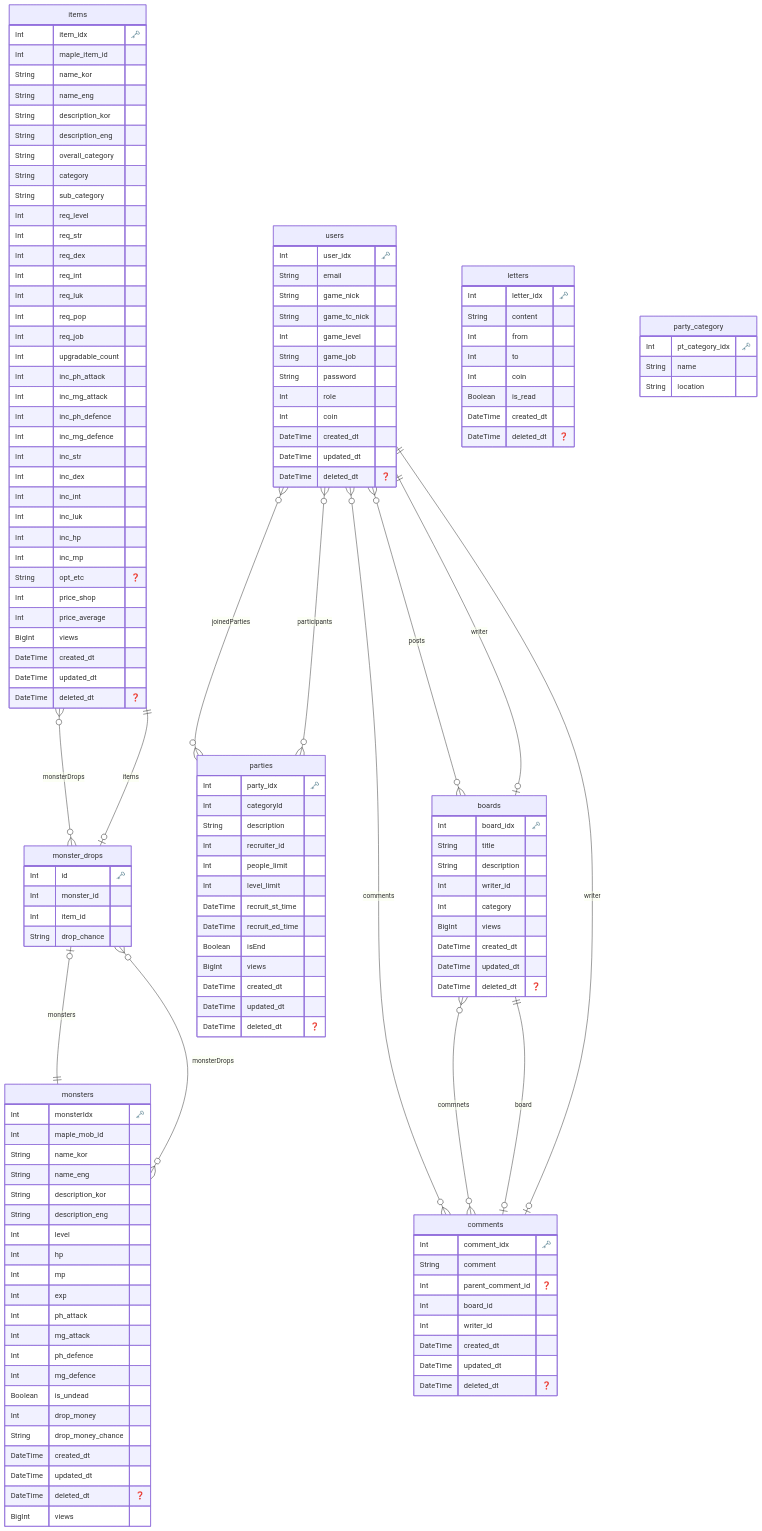
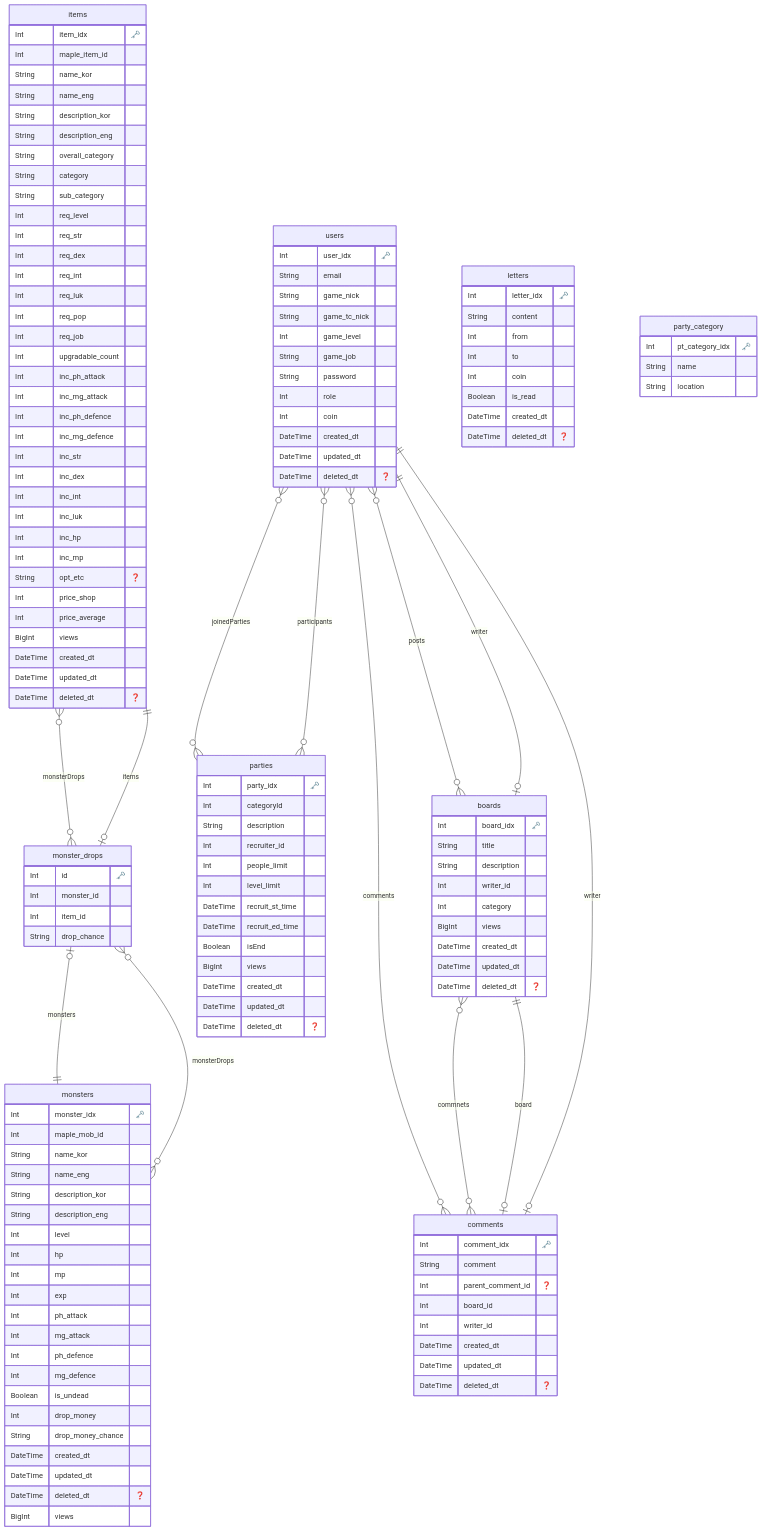
Before and after one commit to nolangwoosan/nowoo: the diagram in prisma/ERD.md, drawn with Mermaid. The commit also changed 20 other files, not shown here.

```diff
--- a/prisma/ERD.md
+++ b/prisma/ERD.md
@@ -48,7 +48,7 @@
 
 
   "monsters" {
-    Int monsterIdx "🗝️"
+    Int monster_idx "🗝️"
     Int maple_mob_id
     String name_kor
     String name_eng
```
